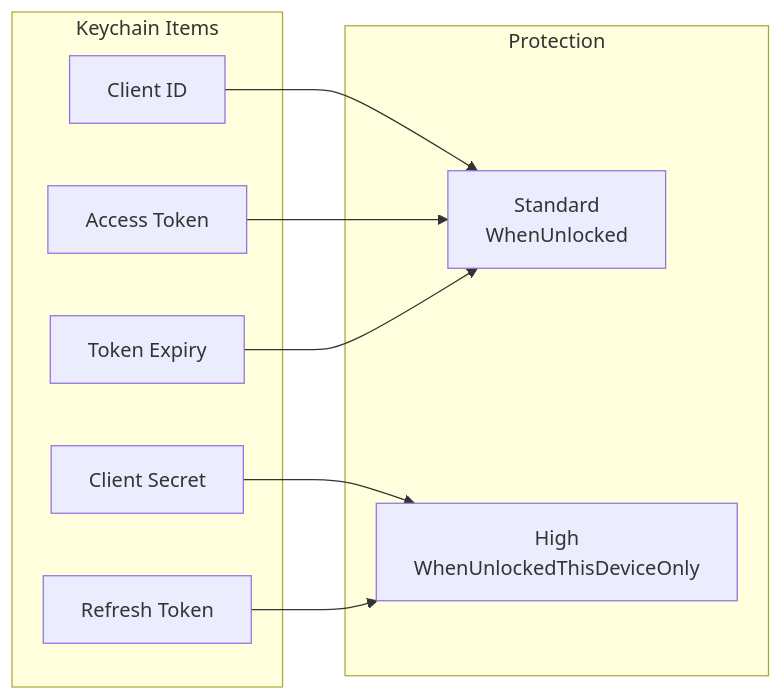
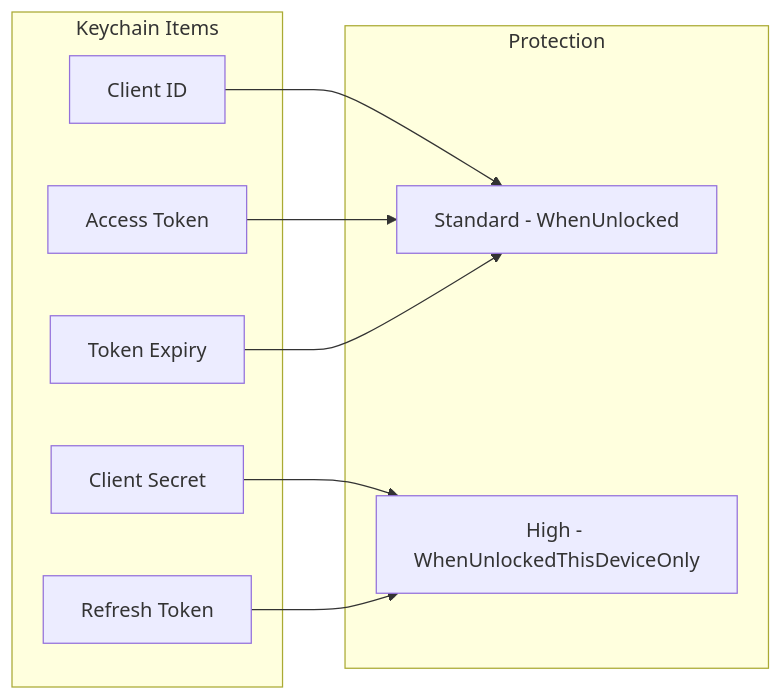
Before and after one commit to welshofer/Timor: the second of 4 diagrams in docs/SECURITY.md, drawn with Mermaid. The commit also changed 3 other files, not shown here.

First line of the commit message:
Fix Mermaid diagram syntax for GitHub rendering

````diff
--- a/docs/SECURITY.md
+++ b/docs/SECURITY.md
@@ -40,21 +40,21 @@
 ```mermaid
 graph LR
     subgraph "Keychain Items"
         CID[Client ID]
         CS[Client Secret]
         AT[Access Token]
         RT[Refresh Token]
         EXP[Token Expiry]
     end
 
     subgraph "Protection"
-        STD[Standard<br/>WhenUnlocked]
-        HIGH[High<br/>WhenUnlockedThisDeviceOnly]
+        STD["Standard - WhenUnlocked"]
+        HIGH["High - WhenUnlockedThisDeviceOnly"]
     end
 
     CID --> STD
     AT --> STD
     EXP --> STD
     CS --> HIGH
     RT --> HIGH
 ```
````
